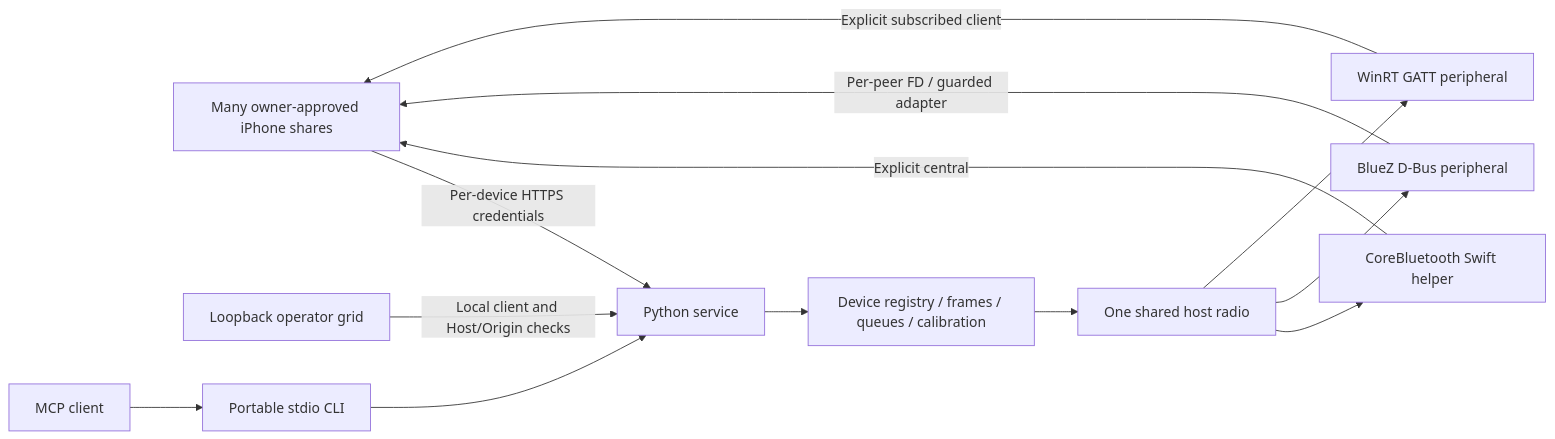
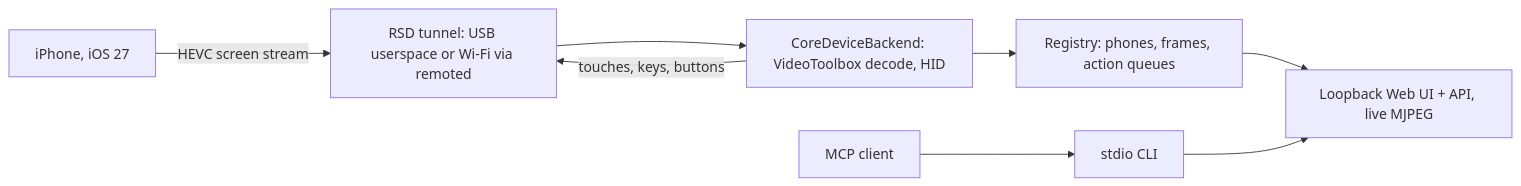
The diagram in docs/architecture.md (semsturgut/open-iphone-use), drawn with Mermaid before and after one commit. The commit also changed other lines of this file and 131 other files, not shown here.

First line of the commit message:
Remove Bluetooth; CoreDevice over USB and Wi-Fi is the only path

````diff
--- a/docs/architecture.md
+++ b/docs/architecture.md
@@ -7,15 +3,9 @@
 ```mermaid
 flowchart LR
-    I[Many owner-approved iPhone shares] -->|Per-device HTTPS credentials| P[Python service]
-    U[Loopback operator grid] -->|Local client and Host/Origin checks| P
-    A[MCP client] --> C[Portable stdio CLI]
-    C --> P
-    P --> D[Device registry / frames / queues / calibration]
-    D --> R[One shared host radio]
-    R --> M[CoreBluetooth Swift helper]
-    R --> L[BlueZ D-Bus peripheral]
-    R --> W[WinRT GATT peripheral]
-    M -->|Explicit central| I
-    L -->|Per-peer FD / guarded adapter| I
-    W -->|Explicit subscribed client| I
+    P[iPhone, iOS 27] -->|HEVC screen stream| T[RSD tunnel: USB userspace or Wi-Fi via remoted]
+    T --> B[CoreDeviceBackend: VideoToolbox decode, HID]
+    B --> R[Registry: phones, frames, action queues]
+    R --> W[Loopback Web UI + API, live MJPEG]
+    A[MCP client] --> C[stdio CLI] --> W
+    B -->|touches, keys, buttons| T
 ```
````
